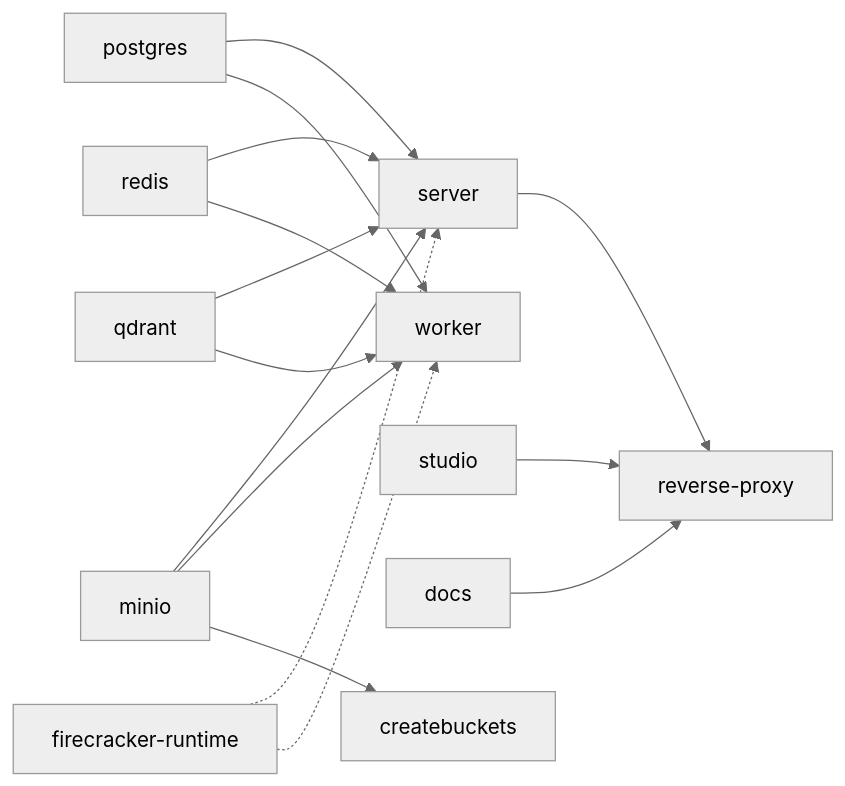
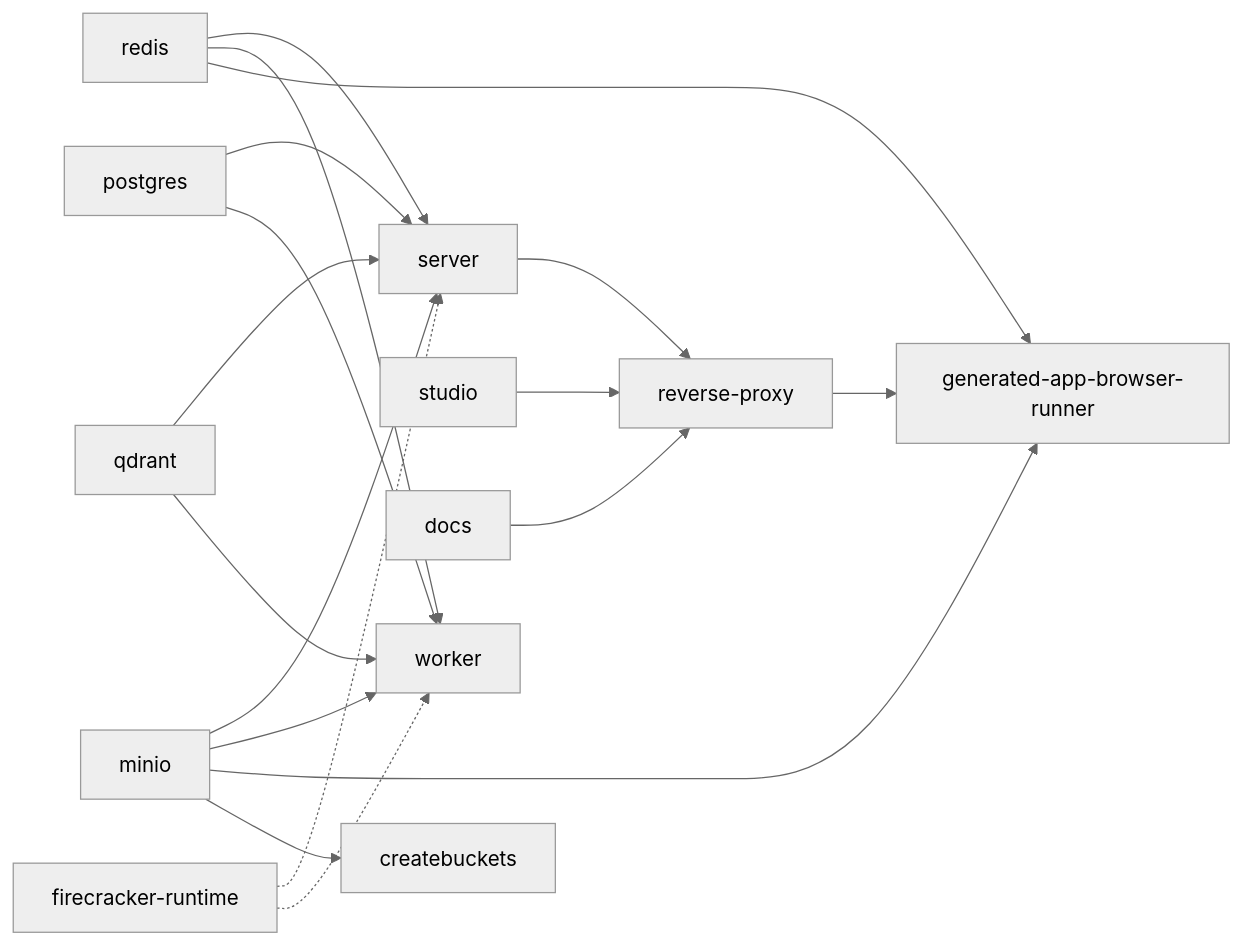
The first of 2 diagrams in agentloom-docs/deploy/index.md (Lynricsy/AgentLoom), drawn with Mermaid (neutral theme) before and after one commit. The commit also changed other lines of this file and 28 other files, not shown here.

First line of the commit message:
feat(generated-app): ✨ Gate 5 browser-runner：Playwright 执行层、worker 侧投递与部署

````diff
--- a/agentloom-docs/deploy/index.md
+++ b/agentloom-docs/deploy/index.md
@@ -45,17 +46,20 @@
 ```mermaid
 flowchart LR
   PG[postgres] --> S[server]
   RD[redis] --> S
   MN[minio] --> S
   QD[qdrant] --> S
   FC[firecracker-runtime] -.-> S
   PG --> W[worker]
   RD --> W
   MN --> W
   QD --> W
   FC -.-> W
   S --> RP[reverse-proxy]
   ST[studio] --> RP
   DC[docs] --> RP
+  RD --> BR[generated-app-browser-runner]
+  MN --> BR
+  RP --> BR
   MN --> CB[createbuckets]
 ```
````
